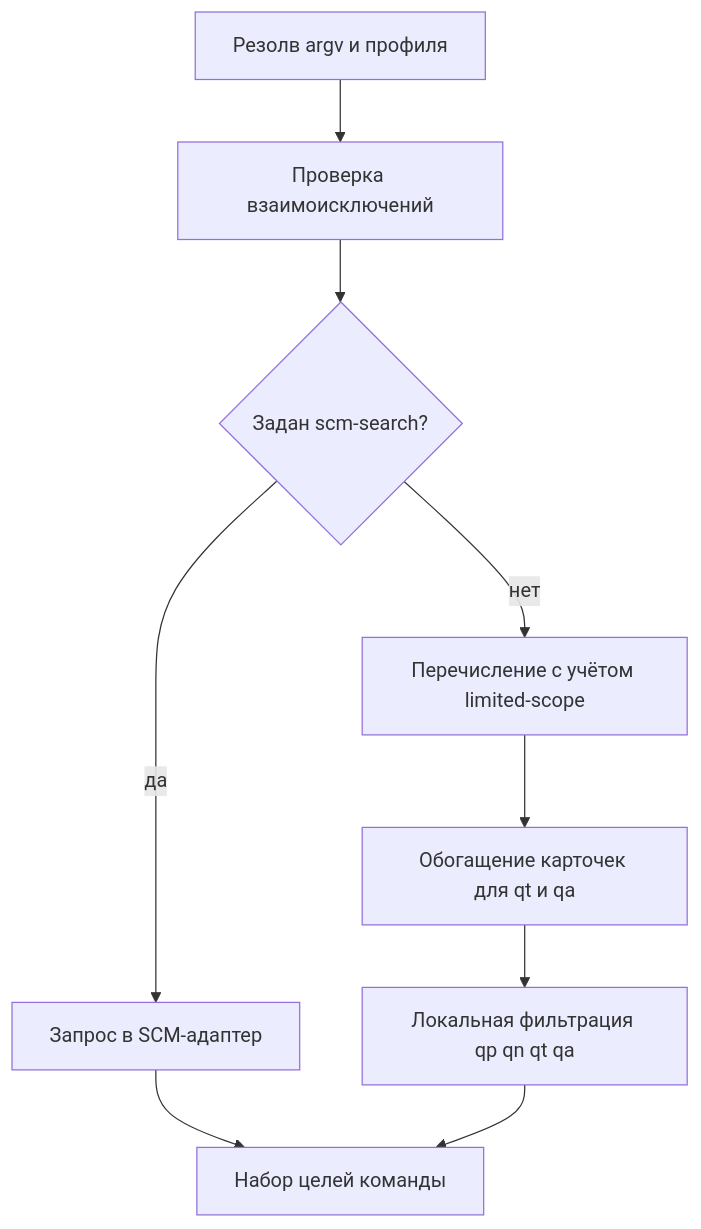
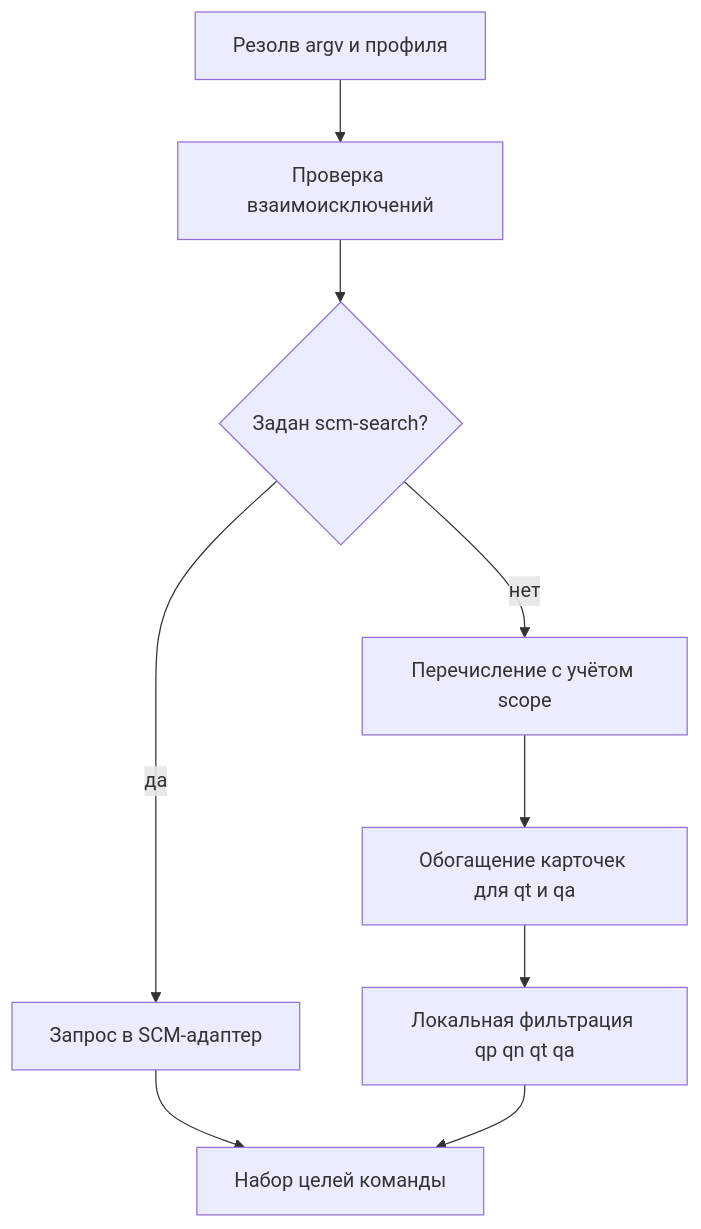
One commit to git-herder/documentation-specifications changed the diagram in platform/scm-repository-selection.md. Above: the diagram before and after it, drawn with Mermaid. The commit also changed other lines of this file and 4 other files, not shown here.

Commit message:
**--scope и GitLab extension SCM-отбора** - Hub: enum scope affiliated|all, инварианты и ошибки - Новая GitLab extension-спека с --include-inactive - Обновлены README SSOT, profiles, report и перекрёстные ссылки

````diff
--- a/platform/scm-repository-selection.md
+++ b/platform/scm-repository-selection.md
@@ -229,16 +236,16 @@
 ```mermaid
 flowchart TD
   resolve[Резолв argv и профиля]
   validate[Проверка взаимоисключений]
   branch{Задан scm-search?}
   native[Запрос в SCM-адаптер]
-  enum[Перечисление с учётом limited-scope]
+  enum[Перечисление с учётом scope]
   enrich[Обогащение карточек для qt и qa]
   eval[Локальная фильтрация qp qn qt qa]
   out[Набор целей команды]
 
   resolve --> validate
   validate --> branch
   branch -->|да| native --> out
   branch -->|нет| enum --> enrich --> eval --> out
 ```
````
